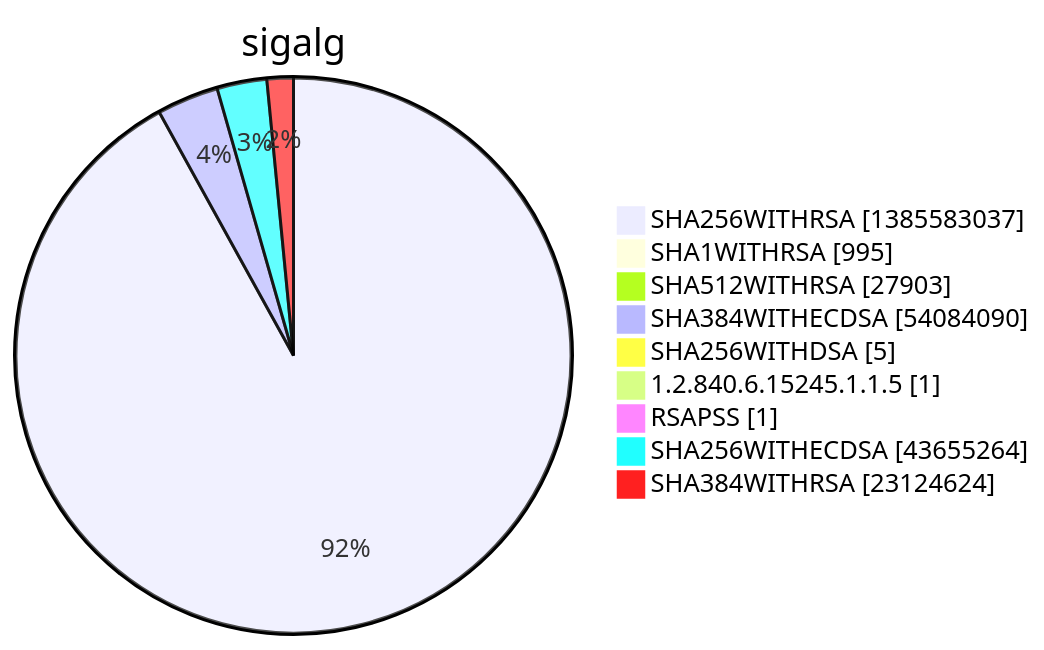
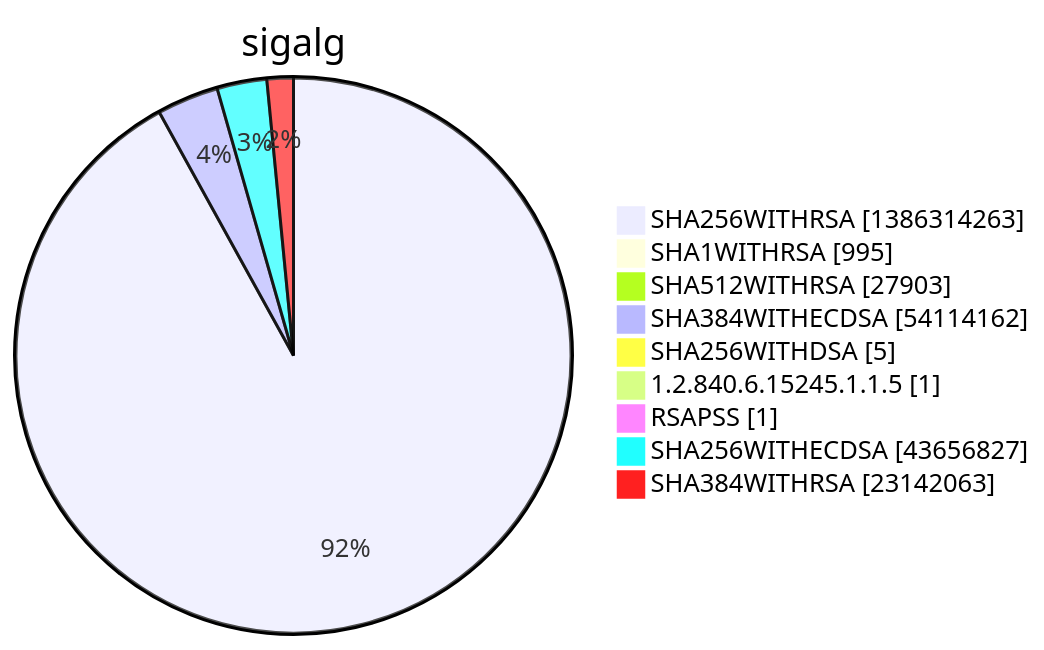
Before and after one commit to christiankrug/ctmonitor_visualization: diagram 15 of 15 in xenon2022/README.md, drawn with Mermaid. The commit also changed other lines of this file, not shown here.

````diff
--- a/xenon2022/README.md
+++ b/xenon2022/README.md
@@ -5854,13 +5854,13 @@
 ```mermaid
 pie showData
 title sigalg
-"SHA256WITHRSA" :1385583037
+"SHA256WITHRSA" :1386314263
 "SHA1WITHRSA" :995
 "SHA512WITHRSA" :27903
-"SHA384WITHECDSA" :54084090
+"SHA384WITHECDSA" :54114162
 "SHA256WITHDSA" :5
 "1.2.840.6.15245.1.1.5" :1
 "RSAPSS" :1
-"SHA256WITHECDSA" :43655264
-"SHA384WITHRSA" :23124624
+"SHA256WITHECDSA" :43656827
+"SHA384WITHRSA" :23142063
 ```
````
